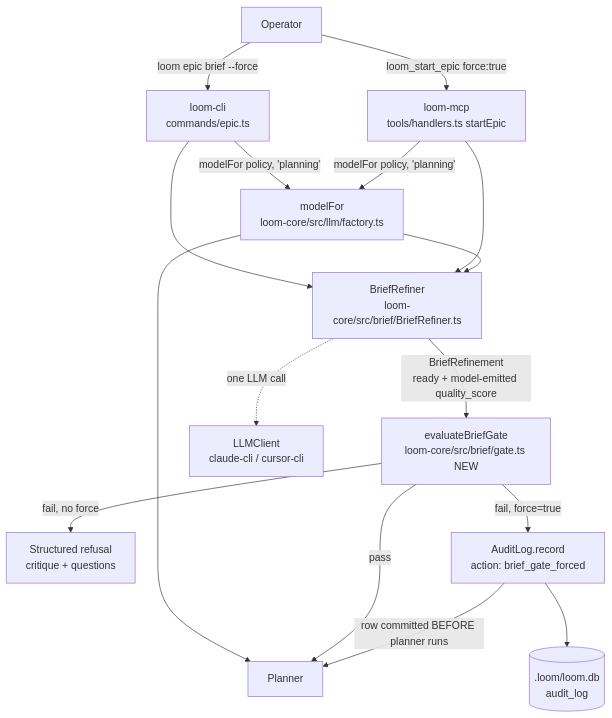
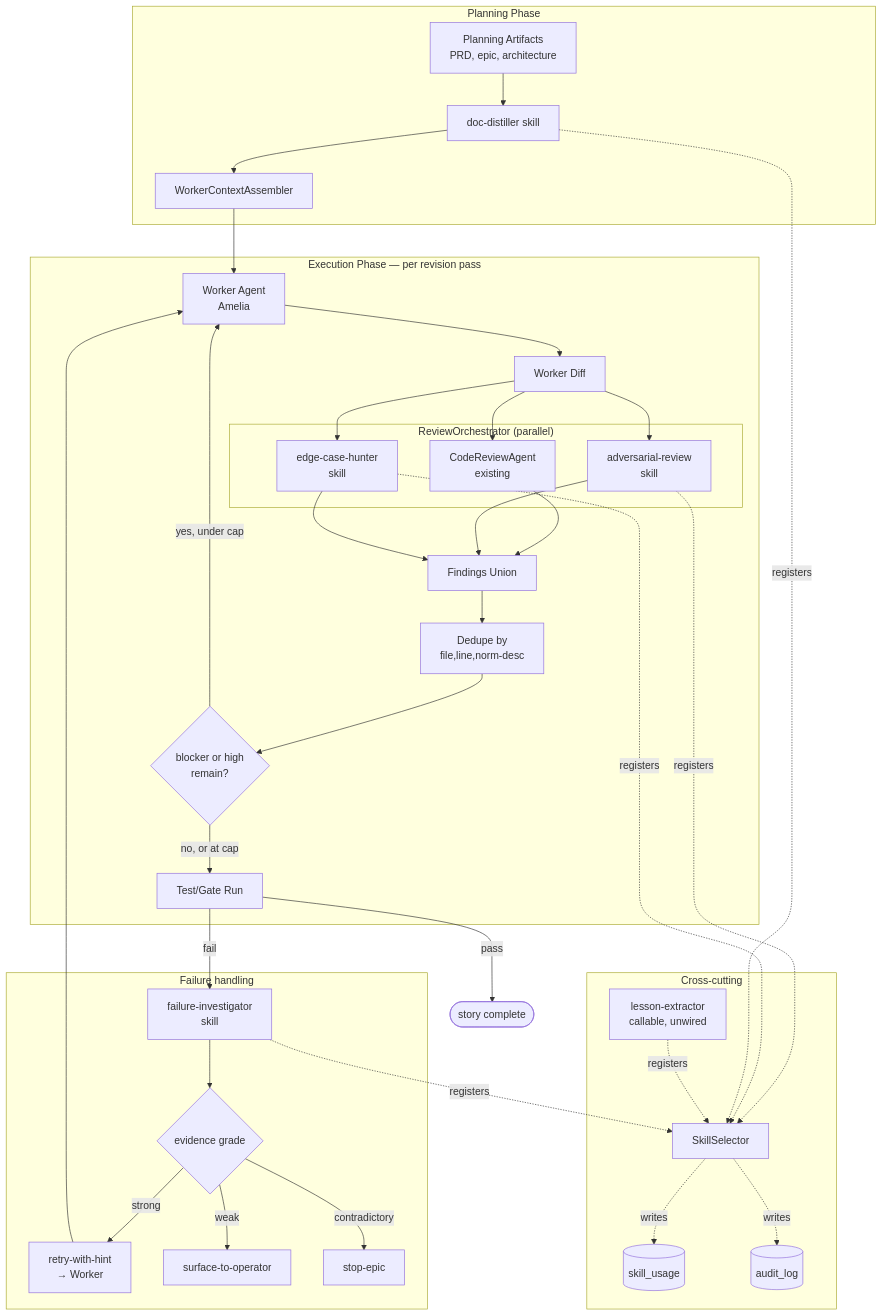
Before and after one commit to jeromeportega/loom: the diagram in .loom_outputs/epic-001/architecture.md, drawn with Mermaid. The commit also changed other lines of this file and 50 other files, not shown here.

First line of the commit message:
epic-001: Review Forge: headless BMAD skill harvest (#2)

````diff
--- a/.loom_outputs/epic-001/architecture.md
+++ b/.loom_outputs/epic-001/architecture.md
@@ -14,23 +16,58 @@
 ```mermaid
-flowchart TD
-    OP[Operator] -->|loom epic brief --force| CLI[loom-cli<br/>commands/epic.ts]
-    OP -->|loom_start_epic force:true| MCP[loom-mcp<br/>tools/handlers.ts startEpic]
+flowchart TB
+    subgraph Planning["Planning Phase"]
+        PA[Planning Artifacts<br/>PRD, epic, architecture]
+        DD[doc-distiller skill]
+        WCA[WorkerContextAssembler]
+        PA --> DD --> WCA
+    end
 
-    CLI --> RF[BriefRefiner<br/>loom-core/src/brief/BriefRefiner.ts]
-    MCP --> RF
+    subgraph Execution["Execution Phase — per revision pass"]
+        Worker[Worker Agent<br/>Amelia]
+        WCA --> Worker
+        Worker --> Diff[Worker Diff]
 
-    CLI -->|modelFor policy, 'planning'| MF[modelFor<br/>loom-core/src/llm/factory.ts]
-    MCP -->|modelFor policy, 'planning'| MF
-    MF --> RF
-    MF --> PL[Planner]
+        subgraph Reviewers["ReviewOrchestrator (parallel)"]
+            CRA[CodeReviewAgent<br/>existing]
+            AR[adversarial-review<br/>skill]
+            ECH[edge-case-hunter<br/>skill]
+        end
 
-    RF -->|BriefRefinement<br/>ready + model-emitted quality_score| GATE[evaluateBriefGate<br/>loom-core/src/brief/gate.ts NEW]
+        Diff --> CRA
+        Diff --> AR
+        Diff --> ECH
 
-    GATE -->|pass| PL
-    GATE -->|fail, no force| REJ[Structured refusal<br/>critique + questions]
-    GATE -->|fail, force=true| AUD[AuditLog.record<br/>action: brief_gate_forced]
-    AUD -->|row committed BEFORE planner runs| PL
+        CRA --> Union[Findings Union]
+        AR --> Union
+        ECH --> Union
+        Union --> Dedupe[Dedupe by<br/>file,line,norm-desc]
+        Dedupe --> Gate{blocker or high<br/>remain?}
+        Gate -->|yes, under cap| Worker
+        Gate -->|no, or at cap| TestGate[Test/Gate Run]
+    end
 
-    RF -.->|one LLM call| LLM[LLMClient<br/>claude-cli / cursor-cli]
-    AUD --> DB[(.loom/loom.db<br/>audit_log)]
+    subgraph Retry["Failure handling"]
+        TestGate -->|fail| FI[failure-investigator<br/>skill]
+        FI --> Router{evidence grade}
+        Router -->|strong| RetryHint[retry-with-hint<br/>→ Worker]
+        Router -->|weak| Operator[surface-to-operator]
+        Router -->|contradictory| Stop[stop-epic]
+        RetryHint --> Worker
+    end
+
+    subgraph Persistence["Cross-cutting"]
+        SS[SkillSelector]
+        SU[(skill_usage)]
+        AL[(audit_log)]
+        LE[lesson-extractor<br/>callable, unwired]
+    end
+
+    AR -.registers.-> SS
+    ECH -.registers.-> SS
+    FI -.registers.-> SS
+    DD -.registers.-> SS
+    LE -.registers.-> SS
+    SS -.writes.-> SU
+    SS -.writes.-> AL
+    TestGate -->|pass| Done([story complete])
 ```
````
